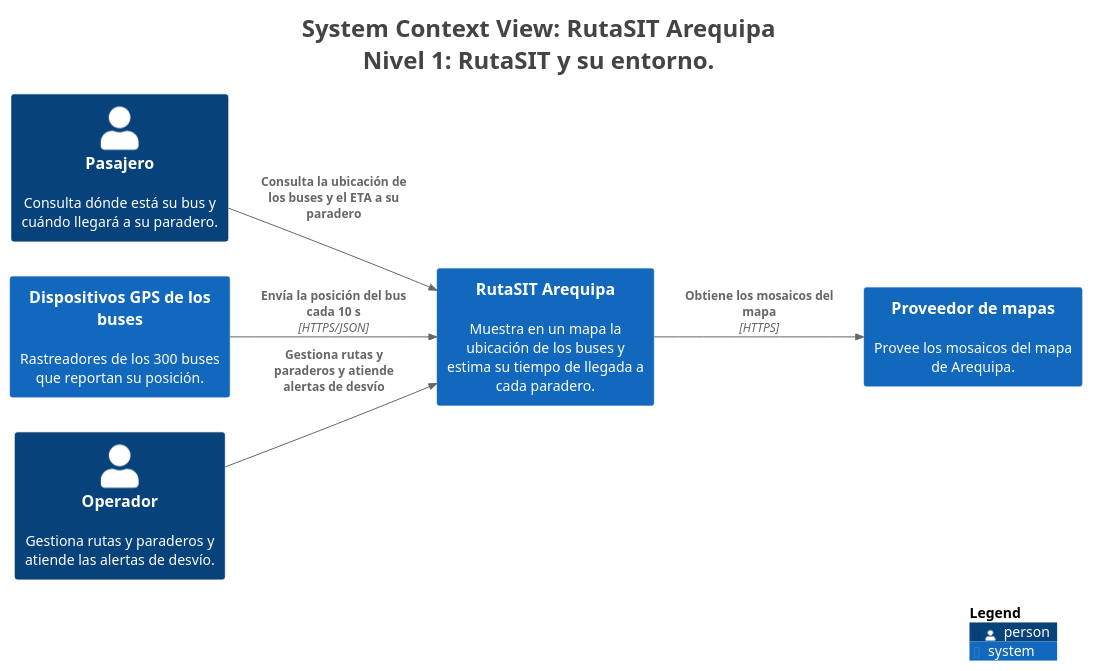
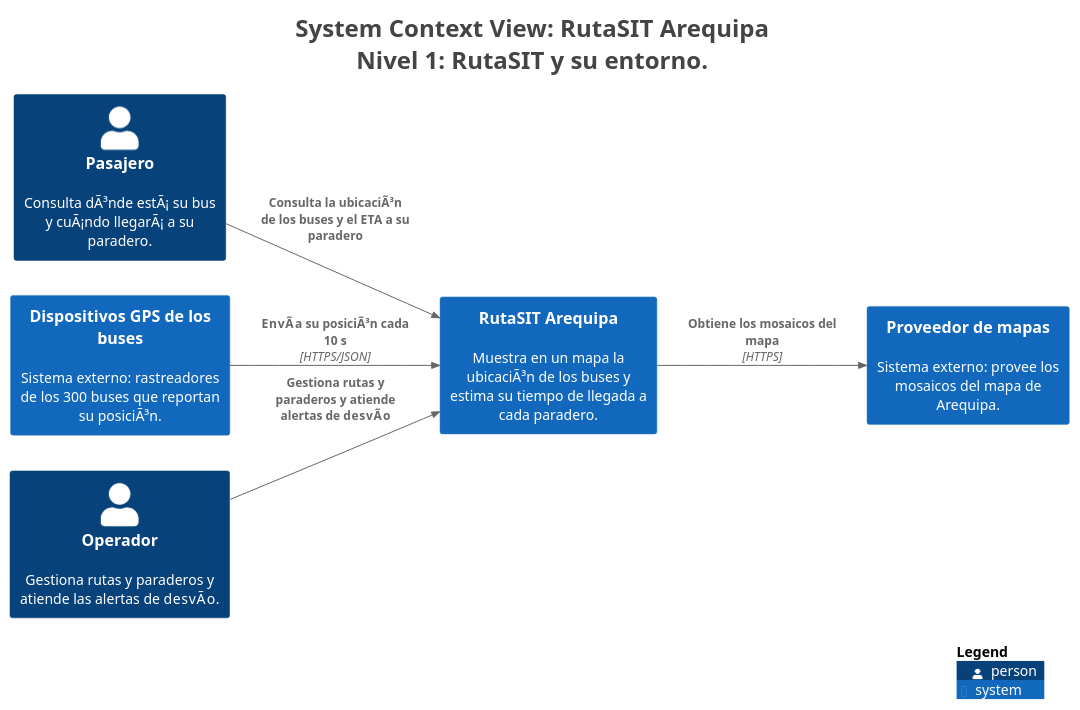
Before and after one commit to Camila-Alarico/cs-2026b-lab04--grupo06: the diagram in docs/architecture/c4/export/structurizr-Contexto.puml, drawn with PlantUML. The commit also changed 15 other files, not shown here.

```diff
--- a/docs/architecture/c4/export/structurizr-Contexto.puml
+++ b/docs/architecture/c4/export/structurizr-Contexto.puml
@@ -1,30 +1,30 @@
 @startuml
 title <size:24>System Context View: RutaSIT Arequipa</size>\n<size:24>Nivel 1: RutaSIT y su entorno.</size>
 
 set separator none
 left to right direction
 
 <style>
   root {
     BackgroundColor: #ffffff
     FontColor: #444444
   }
 </style>
 
 !include <C4/C4>
 !include <C4/C4_Context>
 
-Person(Pasajero, "Pasajero", $descr="Consulta dónde está su bus y cuándo llegará a su paradero.", $tags="", $link="")
-System(DispositivosGPSdelosbuses, "Dispositivos GPS de los buses", $descr="Rastreadores de los 300 buses que reportan su posición.", $tags="", $link="")
-System(Proveedordemapas, "Proveedor de mapas", $descr="Provee los mosaicos del mapa de Arequipa.", $tags="", $link="")
-Person(Operador, "Operador", $descr="Gestiona rutas y paraderos y atiende las alertas de desvío.", $tags="", $link="")
-System(RutaSITArequipa, "RutaSIT Arequipa", $descr="Muestra en un mapa la ubicación de los buses y estima su tiempo de llegada a cada paradero.", $tags="", $link="")
+Person(Pasajero, "Pasajero", $descr="Consulta dÃ³nde estÃ¡ su bus y cuÃ¡ndo llegarÃ¡ a su paradero.", $tags="", $link="")
+System(DispositivosGPSdelosbuses, "Dispositivos GPS de los buses", $descr="Sistema externo: rastreadores de los 300 buses que reportan su posiciÃ³n.", $tags="", $link="")
+System(Proveedordemapas, "Proveedor de mapas", $descr="Sistema externo: provee los mosaicos del mapa de Arequipa.", $tags="", $link="")
+Person(Operador, "Operador", $descr="Gestiona rutas y paraderos y atiende las alertas de desvÃ­o.", $tags="", $link="")
+System(RutaSITArequipa, "RutaSIT Arequipa", $descr="Muestra en un mapa la ubicaciÃ³n de los buses y estima su tiempo de llegada a cada paradero.", $tags="", $link="")
 
-Rel(Pasajero, RutaSITArequipa, "Consulta la ubicación de los buses y el ETA a su paradero", $techn="", $tags="", $link="")
-Rel(Operador, RutaSITArequipa, "Gestiona rutas y paraderos y atiende alertas de desvío", $techn="", $tags="", $link="")
-Rel(DispositivosGPSdelosbuses, RutaSITArequipa, "Envía la posición del bus cada 10 s", $techn="HTTPS/JSON", $tags="", $link="")
+Rel(Pasajero, RutaSITArequipa, "Consulta la ubicaciÃ³n de los buses y el ETA a su paradero", $techn="", $tags="", $link="")
+Rel(Operador, RutaSITArequipa, "Gestiona rutas y paraderos y atiende alertas de desvÃ­o", $techn="", $tags="", $link="")
+Rel(DispositivosGPSdelosbuses, RutaSITArequipa, "EnvÃ­a su posiciÃ³n cada 10 s", $techn="HTTPS/JSON", $tags="", $link="")
 Rel(RutaSITArequipa, Proveedordemapas, "Obtiene los mosaicos del mapa", $techn="HTTPS", $tags="", $link="")
 
 SHOW_LEGEND(true)
 hide stereotypes
 @enduml
```
